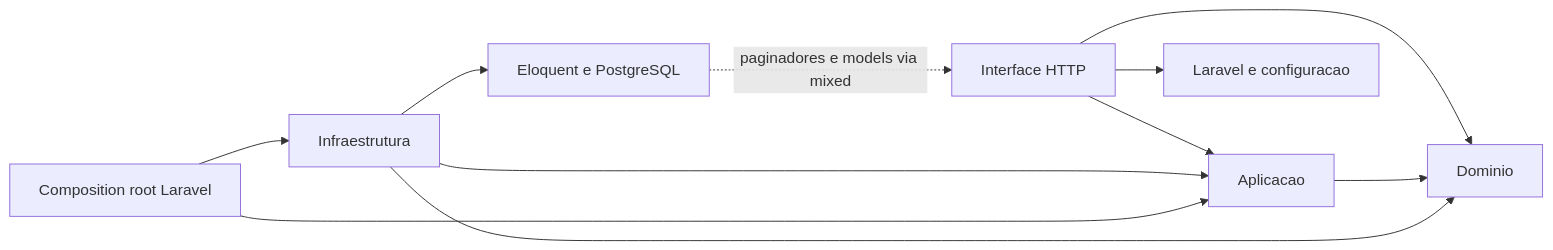
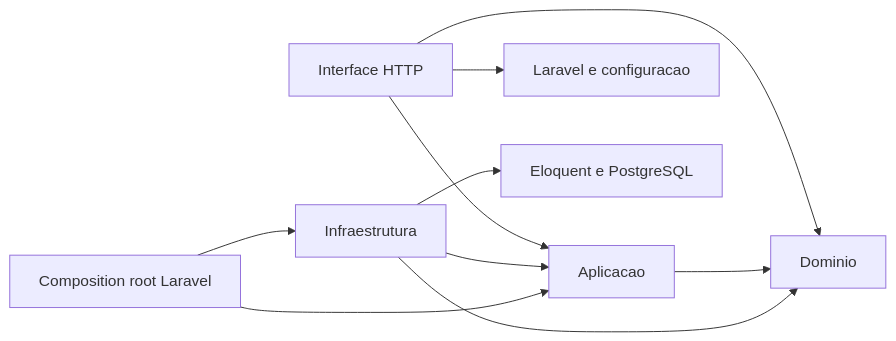
Before and after one commit to saranbruno/Tech-Challenge-Oficina: the first of 8 diagrams in docs/ddd/diagrams.md, drawn with Mermaid. The commit also changed other lines of this file and 69 other files, not shown here.

````diff
--- a/docs/ddd/diagrams.md
+++ b/docs/ddd/diagrams.md
@@ -11,21 +11,20 @@
 ```mermaid
 flowchart LR
     HTTP[Interface HTTP]
     Application[Aplicacao]
     Domain[Dominio]
     Infrastructure[Infraestrutura]
     Composition[Composition root Laravel]
     Laravel[Laravel e configuracao]
     Eloquent[Eloquent e PostgreSQL]
 
     HTTP --> Application
     HTTP --> Domain
     Application --> Domain
     Infrastructure --> Application
     Infrastructure --> Domain
     Infrastructure --> Eloquent
     Composition --> Application
     Composition --> Infrastructure
     HTTP --> Laravel
-    Eloquent -. paginadores e models via mixed .-> HTTP
 ```
````
